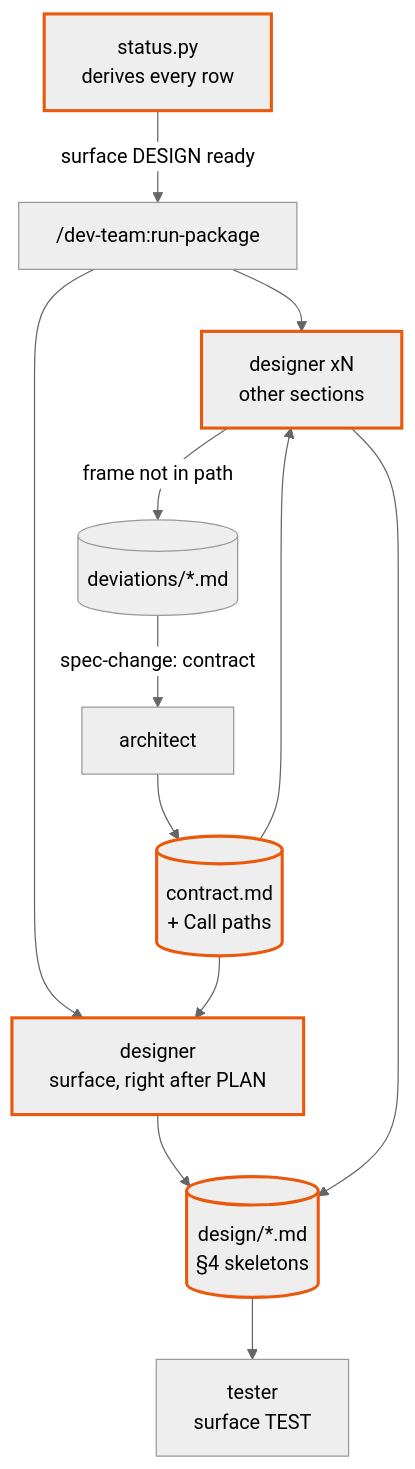
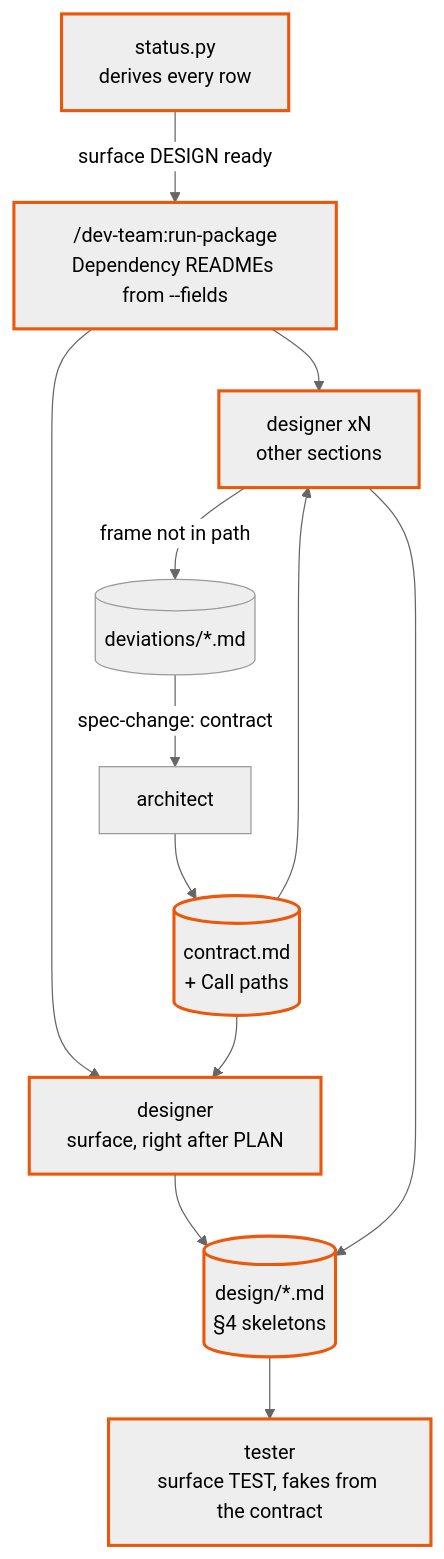
One commit to cott435/cott-plugins changed the second of 5 diagrams in dev-team/site/notes/2.6-spine-design.md. Above: the diagram before and after it, drawn with Mermaid (neutral theme). The commit also changed other lines of this file, not shown here.

Commit message:
dev-team 2.6-spine (design): amendment — early surface inputs from --fields, tester fakes from the contract, sync-plan exit, legacy budget

````diff
--- a/dev-team/site/notes/2.6-spine-design.md
+++ b/dev-team/site/notes/2.6-spine-design.md
@@ -94,25 +101,25 @@
 ```mermaid
 flowchart TB
   ST["status.py<br/>derives every row"]:::changed
-  RP["/dev-team:run-package"]
+  RP["/dev-team:run-package<br/>Dependency READMEs from --fields"]:::changed
   CON[("contract.md<br/>+ Call paths")]:::changed
   SDES["designer<br/>surface, right after PLAN"]:::changed
   DES["designer xN<br/>other sections"]:::changed
-  TST["tester<br/>surface TEST"]
+  TST["tester<br/>surface TEST, fakes from the contract"]:::changed
   DSN[("design/*.md<br/>§4 skeletons")]:::changed
   LED[("deviations/*.md")]
   ARC["architect"]
   ST -->|"surface DESIGN ready"| RP
   RP --> SDES
   RP --> DES
   CON --> SDES
   CON --> DES
   SDES --> DSN
   DES --> DSN
   DSN --> TST
   DES -->|"frame not in path"| LED
   LED -->|"spec-change: contract"| ARC
   ARC --> CON
   classDef changed stroke:#ea580c,stroke-width:2.5px
   classDef new stroke:#16a34a,stroke-width:2.5px
 ```
````
